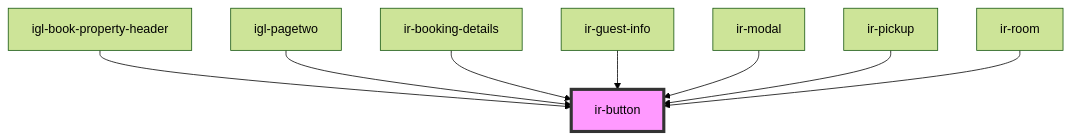
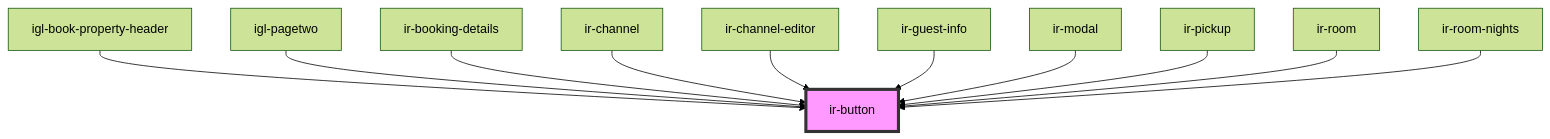
Before and after one commit to David1Chowaifaty/modified-ir-webcmp: the diagram in src/components/ir-button/readme.md, drawn with Mermaid (forest theme). The commit also changed other lines of this file and 28 other files, not shown here.

````diff
--- a/src/components/ir-button/readme.md
+++ b/src/components/ir-button/readme.md
@@ -45,11 +48,14 @@
 ```mermaid
 graph TD;
   igl-book-property-header --> ir-button
   igl-pagetwo --> ir-button
   ir-booking-details --> ir-button
+  ir-channel --> ir-button
+  ir-channel-editor --> ir-button
   ir-guest-info --> ir-button
   ir-modal --> ir-button
   ir-pickup --> ir-button
   ir-room --> ir-button
+  ir-room-nights --> ir-button
   style ir-button fill:#f9f,stroke:#333,stroke-width:4px
 ```
````
